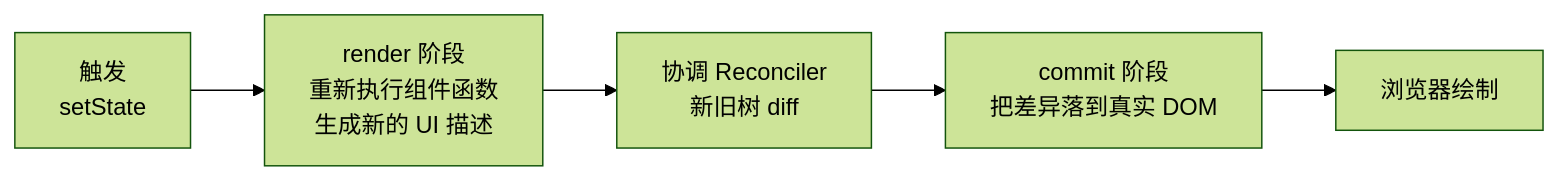
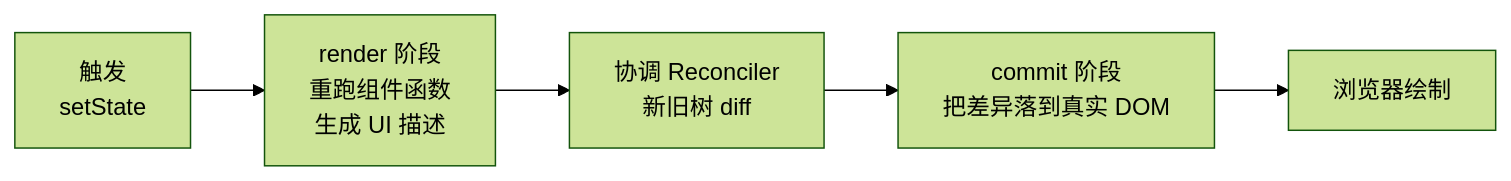
Before and after one commit to Loadhao/ascension: the diagram in src/content/docs/react/basic/core/03-render-flow.md, drawn with Mermaid (forest theme). The commit also changed 3 other files, not shown here.

Commit message:
fix(content): 新方向内容复查修正——站内链接统一去掉 .md 后缀改为尾斜杠路径，两处超宽 mermaid 行收窄至 80 视觉列内

````diff
--- a/src/content/docs/react/basic/core/03-render-flow.md
+++ b/src/content/docs/react/basic/core/03-render-flow.md
@@ -10,7 +10,7 @@
 ```mermaid
 flowchart LR
-    T[触发<br/>setState] --> R["render 阶段<br/>重新执行组件函数<br/>生成新的 UI 描述"]
+    T[触发<br/>setState] --> R["render 阶段<br/>重跑组件函数<br/>生成 UI 描述"]
     R --> D["协调 Reconciler<br/>新旧树 diff"]
     D --> C["commit 阶段<br/>把差异落到真实 DOM"]
     C --> S[浏览器绘制]
 ```
````
